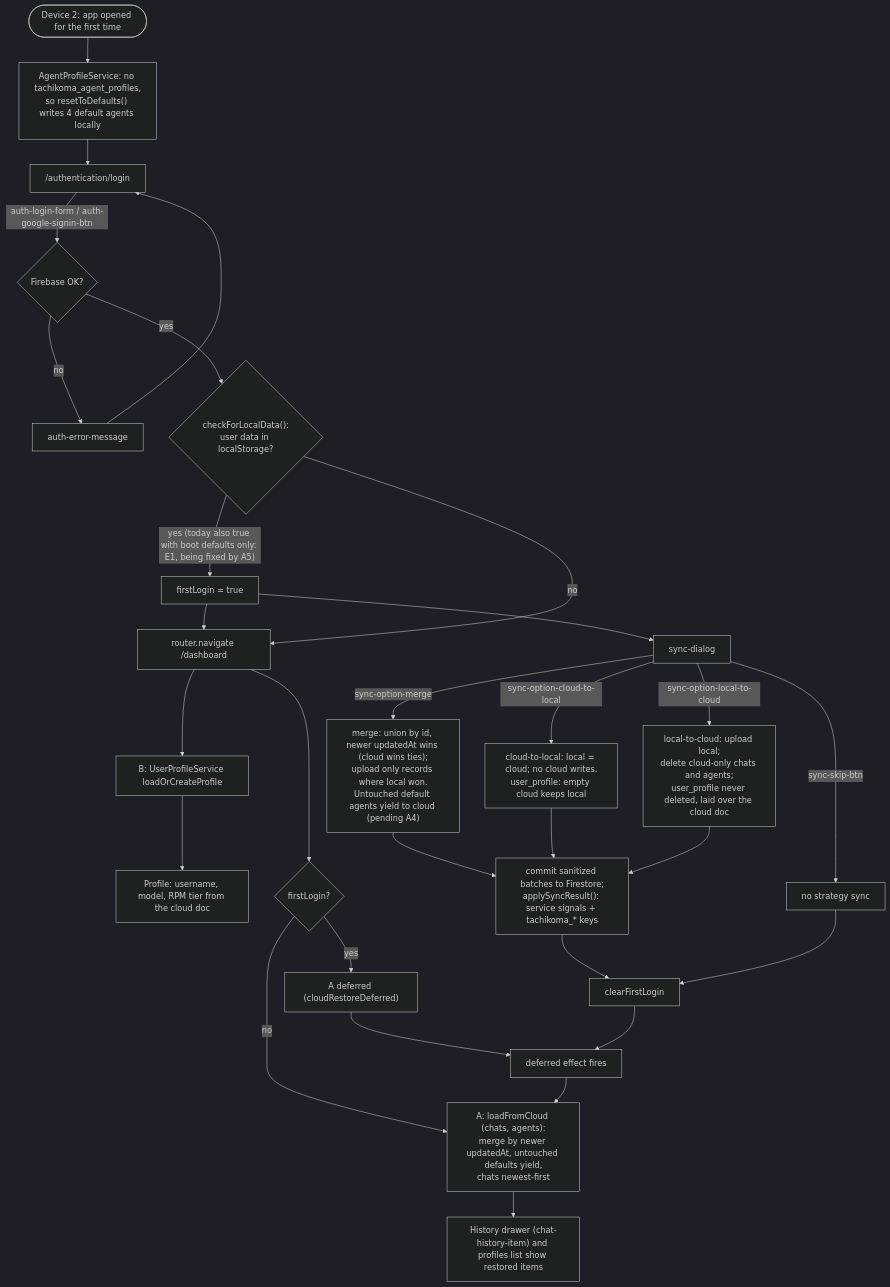
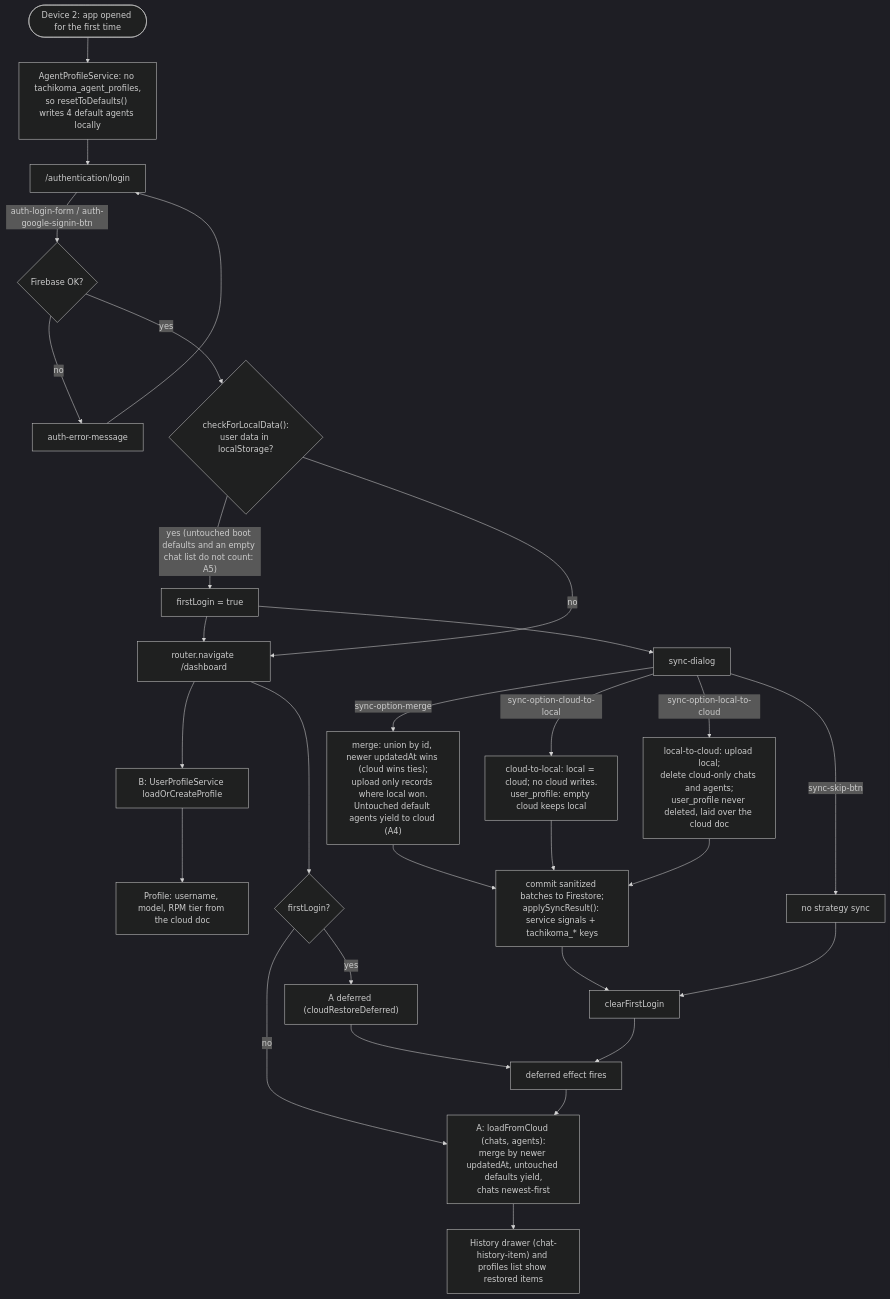
One commit to ograva/tachikoma-console changed the first of 2 diagrams in docs/context/designs/Flow_RestoreAcrossDevices.md. Above: the diagram before and after it, drawn with Mermaid (dark theme). The commit also changed other lines of this file and 3 other files, not shown here.

````diff
--- a/docs/context/designs/Flow_RestoreAcrossDevices.md
+++ b/docs/context/designs/Flow_RestoreAcrossDevices.md
@@ -36,31 +37,31 @@
 ```mermaid
 flowchart TD
     Fresh(["Device 2: app opened for the first time"]) --> Boot["AgentProfileService: no tachikoma_agent_profiles,<br/>so resetToDefaults() writes 4 default agents locally"]
     Boot --> LoginPg["/authentication/login"]
     LoginPg -->|"auth-login-form / auth-google-signin-btn"| Auth{Firebase OK?}
     Auth -- no --> Err[auth-error-message] --> LoginPg
     Auth -- yes --> CFL{"checkForLocalData():<br/>user data in localStorage?"}
-    CFL -->|"yes (today also true with boot defaults only: E1, being fixed by A5)"| FL[firstLogin = true]
+    CFL -->|"yes (untouched boot defaults and an empty chat list do not count: A5)"| FL[firstLogin = true]
     CFL -->|no| Nav
     FL --> Nav["router.navigate /dashboard"]
     Nav --> B["B: UserProfileService loadOrCreateProfile"]
     Nav --> Gate{firstLogin?}
     Gate -- no --> A
     Gate -- yes --> Defer["A deferred (cloudRestoreDeferred)"]
     FL --> SD[sync-dialog]
-    SD -->|sync-option-merge| M["merge: union by id, newer updatedAt wins (cloud wins ties);<br/>upload only records where local won.<br/>Untouched default agents yield to cloud (pending A4)"]
+    SD -->|sync-option-merge| M["merge: union by id, newer updatedAt wins (cloud wins ties);<br/>upload only records where local won.<br/>Untouched default agents yield to cloud (A4)"]
     SD -->|sync-option-cloud-to-local| C["cloud-to-local: local = cloud; no cloud writes.<br/>user_profile: empty cloud keeps local"]
     SD -->|sync-option-local-to-cloud| L["local-to-cloud: upload local;<br/>delete cloud-only chats and agents;<br/>user_profile never deleted, laid over the cloud doc"]
     SD -->|sync-skip-btn| Skip[no strategy sync]
     M --> W["commit sanitized batches to Firestore;<br/>applySyncResult(): service signals + tachikoma_* keys"]
     C --> W
     L --> W
     W --> Clr[clearFirstLogin]
     Skip --> Clr
     Clr --> Defer2["deferred effect fires"] --> A
     Defer --> Defer2
     A["A: loadFromCloud (chats, agents):<br/>merge by newer updatedAt, untouched defaults yield,<br/>chats newest-first"] --> UI["History drawer (chat-history-item) and profiles list show restored items"]
     B --> UI2["Profile: username, model, RPM tier from the cloud doc"]
 
     %% HAPPY PATH: Fresh -> Boot -> LoginPg -> Auth ok -> FL -> SD -> merge -> W -> Clr -> A -> UI
 ```
````
